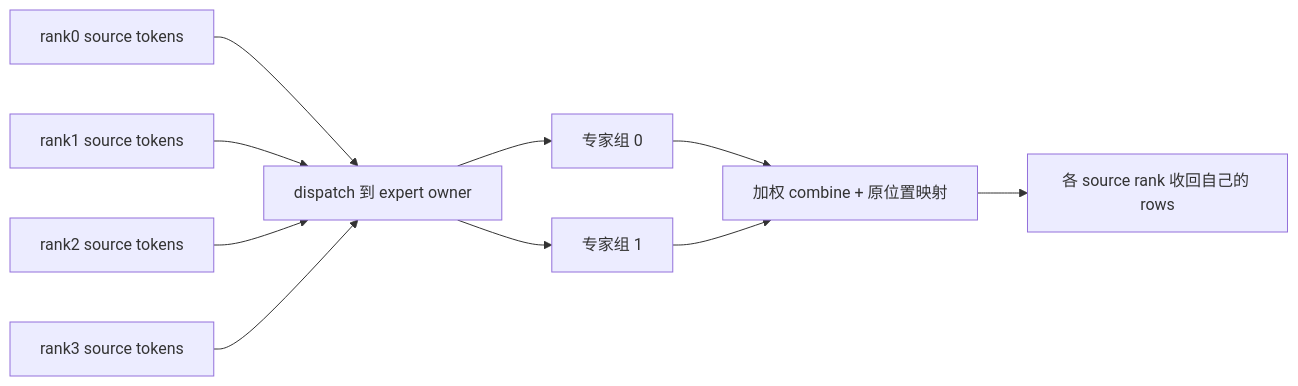
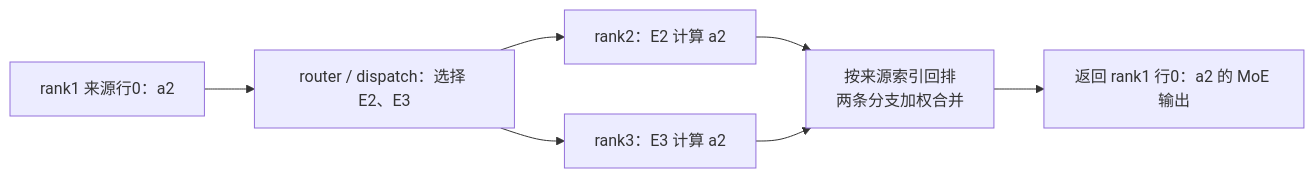
Before and after one commit to cl-vv-h/SGLang_Tutor: the sixth of 7 diagrams in learning/zh/ai-infra-basic/Parallel_Strategy/01-dp-attention-principles.md, drawn with Mermaid. The commit also changed other lines of this file and 1 other file, not shown here.

Commit message:
docs: trace DP gather and MoE token dispatch step by step

````diff
--- a/learning/zh/ai-infra-basic/Parallel_Strategy/01-dp-attention-principles.md
+++ b/learning/zh/ai-infra-basic/Parallel_Strategy/01-dp-attention-principles.md
@@ -426,12 +613,9 @@
 ```mermaid
 flowchart LR
-    R0["rank0 source tokens"] --> D["dispatch 到 expert owner"]
-    R1["rank1 source tokens"] --> D
-    R2["rank2 source tokens"] --> D
-    R3["rank3 source tokens"] --> D
-    D --> E0["专家组 0"]
-    D --> E1["专家组 1"]
-    E0 --> C["加权 combine + 原位置映射"]
-    E1 --> C
-    C --> S["各 source rank 收回自己的 rows"]
+    A["rank1 来源行0：a2"] --> D["router / dispatch：选择 E2、E3"]
+    D --> E2["rank2：E2 计算 a2"]
+    D --> E3["rank3：E3 计算 a2"]
+    E2 --> C["按来源索引回排<br/>两条分支加权合并"]
+    E3 --> C
+    C --> R["返回 rank1 行0：a2 的 MoE 输出"]
 ```
````
